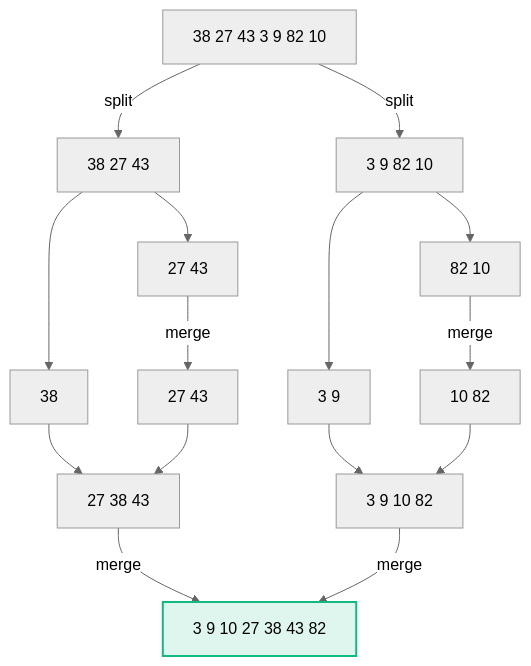
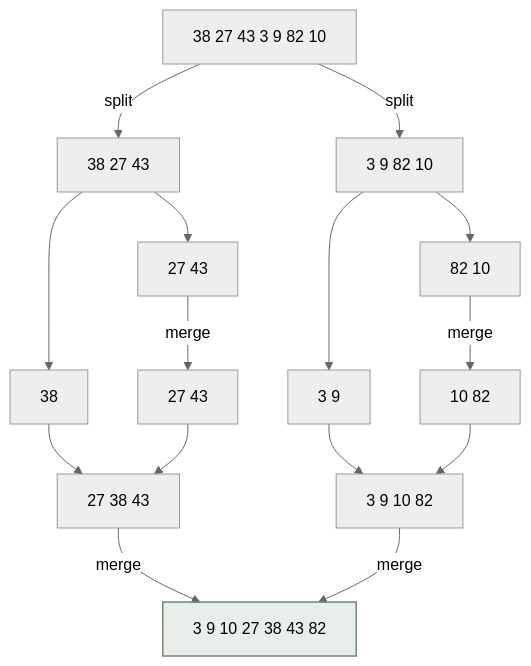
The diagram in content/posts/sorting-algorithms-complexity.mdx (rxodhks/devlog), drawn with Mermaid (neutral theme) before and after one commit. The commit also changed other lines of this file and 72 other files, not shown here.

````diff
--- a/content/posts/sorting-algorithms-complexity.mdx
+++ b/content/posts/sorting-algorithms-complexity.mdx
@@ -31,18 +32,18 @@
 ```mermaid title="merge sort — [38, 27, 43, 3, 9, 82, 10]"
 flowchart TB
     A["38 27 43 3 9 82 10"] -->|split| B["38 27 43"]
     A -->|split| C["3 9 82 10"]
     B --> D["38"]
     B --> E["27 43"]
     C --> F["3 9"]
     C --> G["82 10"]
     E -->|merge| H["27 43"]
     G -->|merge| I["10 82"]
     D --> J["27 38 43"]
     H --> J
     F --> K["3 9 10 82"]
     I --> K
     J -->|merge| M["3 9 10 27 38 43 82"]
     K -->|merge| M
-    style M fill:#10B98122,stroke:#10B981,stroke-width:2px
+    style M fill:#8FA89433,stroke:#6E8B73,stroke-width:1.5px
 ```
````
